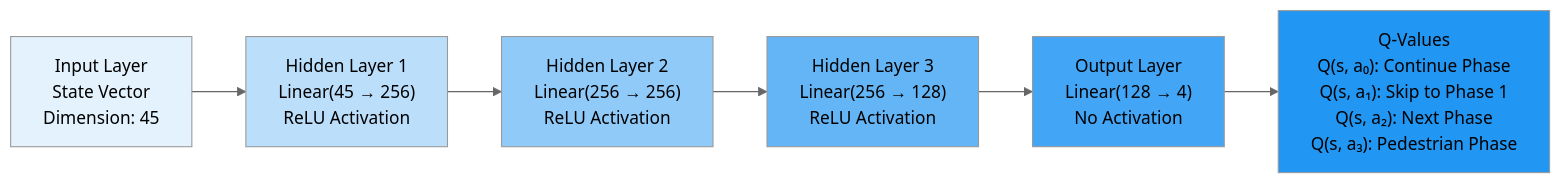
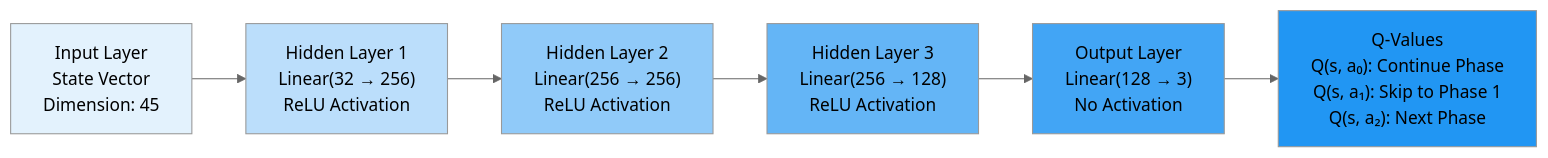
One commit to Chaklader/SignalSyncPro changed the third of 14 diagrams in notes/paper_1/Theory.md. Above: the diagram before and after it, drawn with Mermaid (neutral theme). The commit also changed other lines of this file, not shown here.

````diff
--- a/notes/paper_1/Theory.md
+++ b/notes/paper_1/Theory.md
@@ -1184,15 +1183,15 @@
 ```mermaid
 flowchart LR
-    A["Input Layer<br>State Vector<br>Dimension: 45"] --> B["Hidden Layer 1<br>Linear(45 → 256)<br>ReLU Activation"]
+    A["Input Layer<br>State Vector<br>Dimension: 45"] --> B["Hidden Layer 1<br>Linear(32 → 256)<br>ReLU Activation"]
     B --> C["Hidden Layer 2<br>Linear(256 → 256)<br>ReLU Activation"]
     C --> D["Hidden Layer 3<br>Linear(256 → 128)<br>ReLU Activation"]
-    D --> E["Output Layer<br>Linear(128 → 4)<br>No Activation"]
-    E --> F["Q-Values<br>Q(s, a₀): Continue Phase<br>Q(s, a₁): Skip to Phase 1<br>Q(s, a₂): Next Phase<br>Q(s, a₃): Pedestrian Phase"]
+    D --> E["Output Layer<br>Linear(128 → 3)<br>No Activation"]
+    E --> F["Q-Values<br>Q(s, a₀): Continue Phase<br>Q(s, a₁): Skip to Phase 1<br>Q(s, a₂): Next Phase"]
 
     style A fill:#E3F2FD
     style B fill:#BBDEFB
     style C fill:#90CAF9
     style D fill:#64B5F6
     style E fill:#42A5F5
     style F fill:#2196F3
 ```
````
